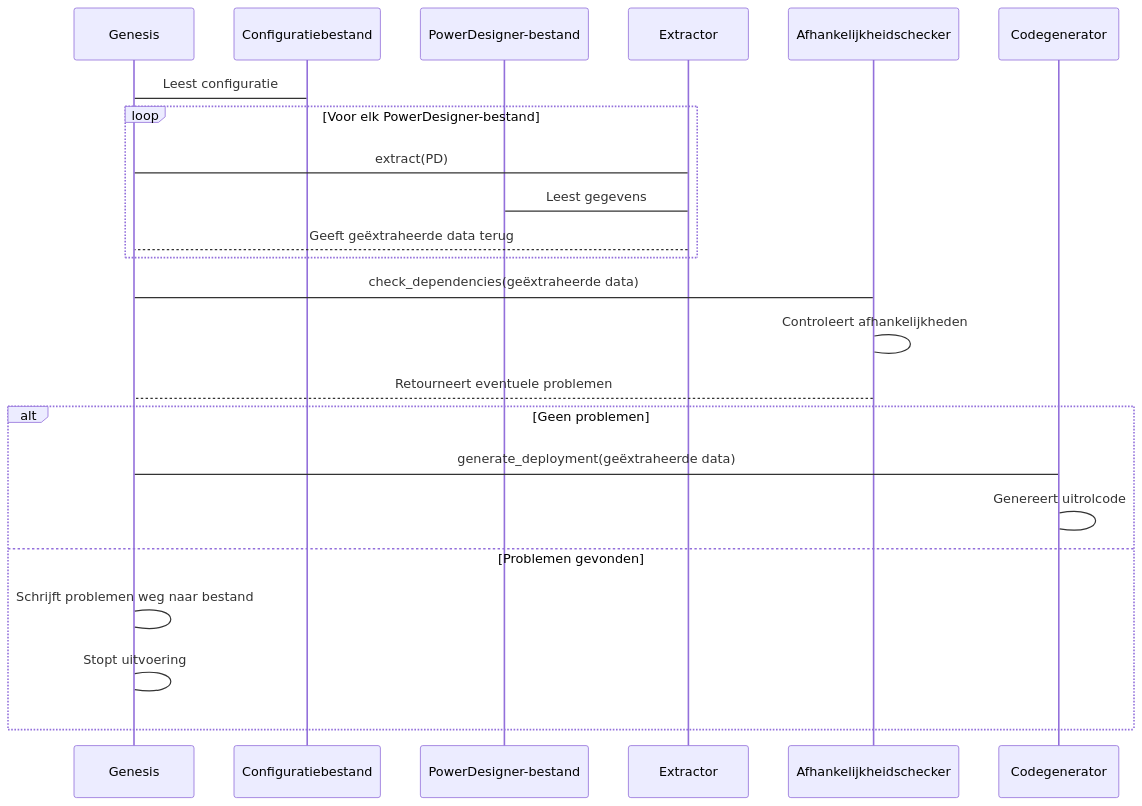
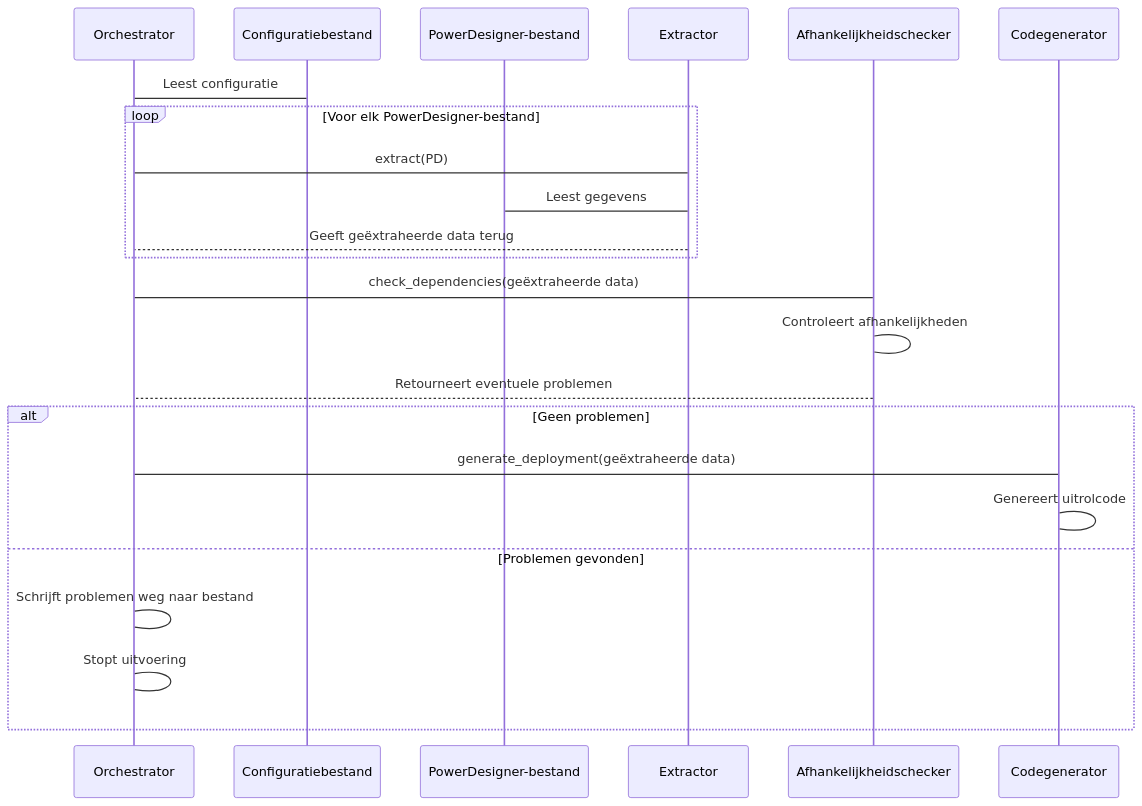
One commit to mark-me/mapping-dependencies changed the second of 4 diagrams in genesis/README.md. Above: the diagram before and after it, drawn with Mermaid. The commit also changed other lines of this file and 3 other files, not shown here.

````diff
--- a/genesis/README.md
+++ b/genesis/README.md
@@ -17,26 +37,26 @@
 ```mermaid
 sequenceDiagram
-  participant G as Genesis
+  participant G as Orchestrator
   participant CF as Configuratiebestand
   participant PD as PowerDesigner-bestand
   participant E as Extractor
   participant D as Afhankelijkheidschecker
   participant DG as Codegenerator
 
   G->CF: Leest configuratie
   loop Voor elk PowerDesigner-bestand
     G->E: extract(PD)
     E->PD: Leest gegevens
     E-->G: Geeft geëxtraheerde data terug
   end
   G->D: check_dependencies(geëxtraheerde data)
   D->D: Controleert afhankelijkheden
   D-->G: Retourneert eventuele problemen
   alt Geen problemen
     G->DG: generate_deployment(geëxtraheerde data)
     DG->DG: Genereert uitrolcode
   else Problemen gevonden
     G->G: Schrijft problemen weg naar bestand
     G->G: Stopt uitvoering
   end
 ```
````
